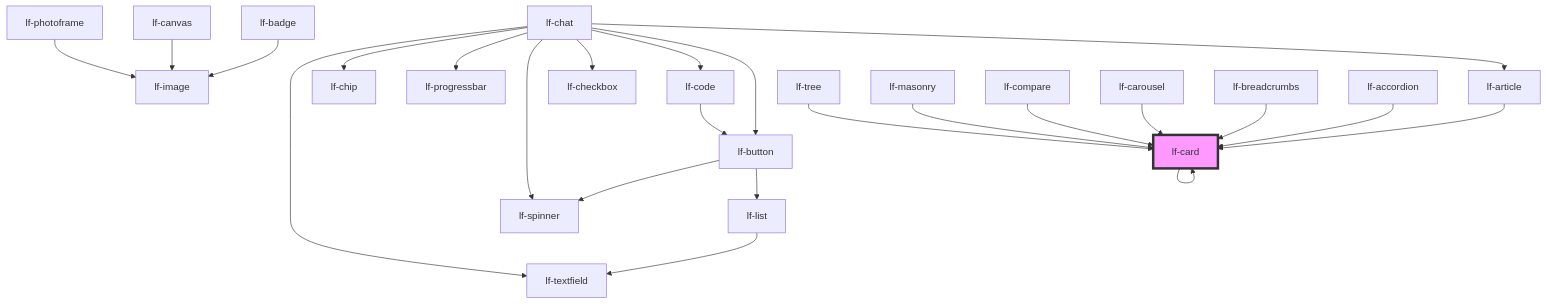
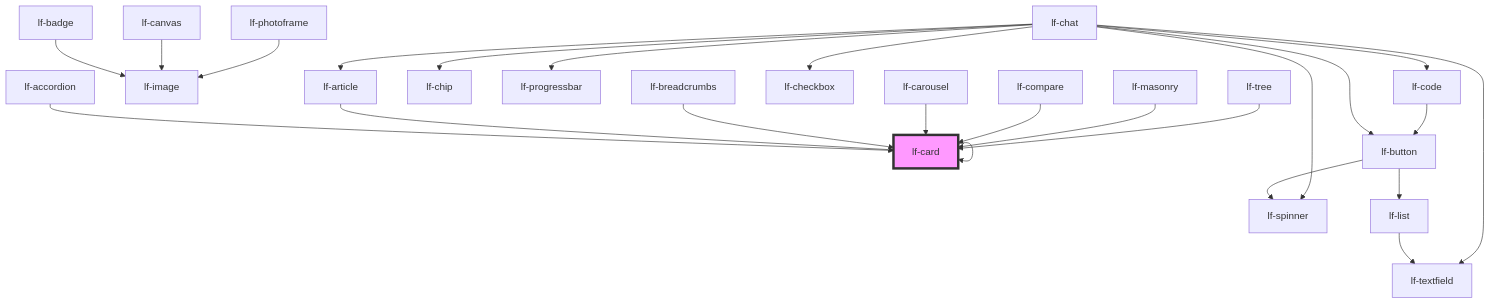
One commit to lucafoscili/lf-widgets changed the diagram in packages/core/src/components/lf-card/readme.md. Above: the diagram before and after it, drawn with Mermaid. The commit also changed other lines of this file and 23 other files, not shown here.

````diff
--- a/packages/core/src/components/lf-card/readme.md
+++ b/packages/core/src/components/lf-card/readme.md
@@ -138,27 +139,27 @@
 ```mermaid
 graph TD;
   lf-card --> lf-card
+  lf-accordion --> lf-card
   lf-badge --> lf-image
   lf-button --> lf-list
   lf-button --> lf-spinner
   lf-list --> lf-textfield
   lf-canvas --> lf-image
   lf-chat --> lf-spinner
   lf-chat --> lf-article
   lf-chat --> lf-button
   lf-chat --> lf-chip
   lf-chat --> lf-textfield
   lf-chat --> lf-progressbar
   lf-chat --> lf-code
   lf-chat --> lf-checkbox
   lf-article --> lf-card
   lf-code --> lf-button
   lf-photoframe --> lf-image
-  lf-accordion --> lf-card
   lf-breadcrumbs --> lf-card
   lf-carousel --> lf-card
   lf-compare --> lf-card
   lf-masonry --> lf-card
   lf-tree --> lf-card
   style lf-card fill:#f9f,stroke:#333,stroke-width:4px
 ```
````
